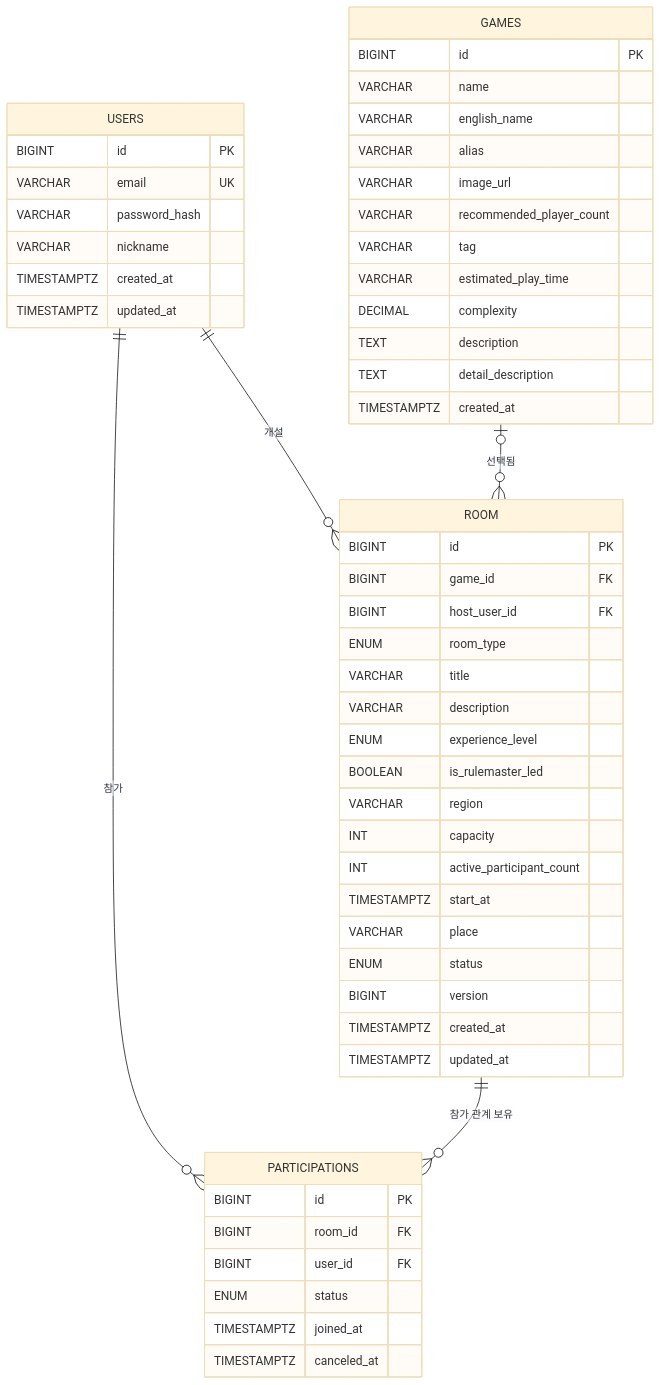
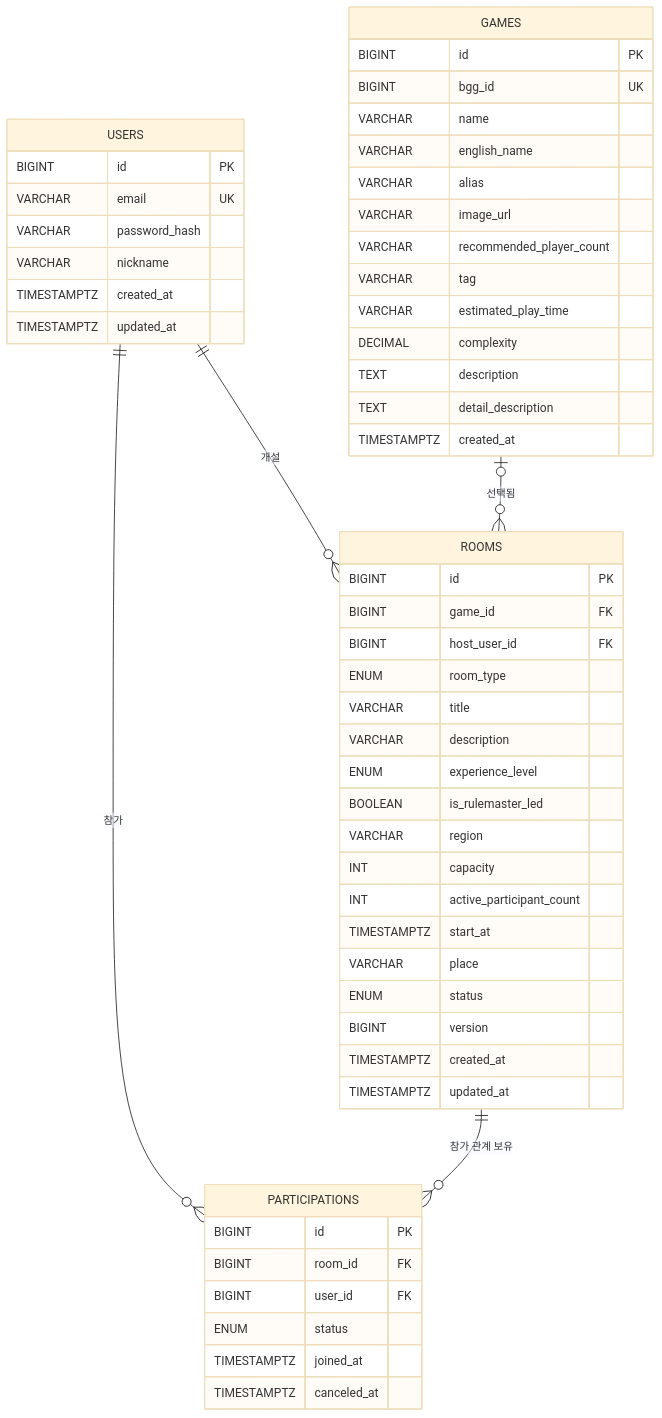
The diagram in docs/ERD.md (bamsongi-club/albam-mate), drawn with Mermaid (base theme) before and after one commit. The commit also changed other lines of this file and 18 other files, not shown here.

```diff
--- a/docs/ERD.md
+++ b/docs/ERD.md
@@ -15,60 +15,61 @@
 ~~~mermaid
 erDiagram
-    USERS ||--o{ ROOM : "개설"
-    GAMES o|--o{ ROOM : "선택됨"
+    USERS ||--o{ ROOMS : "개설"
+    GAMES o|--o{ ROOMS : "선택됨"
     USERS ||--o{ PARTICIPATIONS : "참가"
-    ROOM ||--o{ PARTICIPATIONS : "참가 관계 보유"
+    ROOMS ||--o{ PARTICIPATIONS : "참가 관계 보유"
 
     USERS {
         BIGINT id PK
         VARCHAR email UK
         VARCHAR password_hash
         VARCHAR nickname
         TIMESTAMPTZ created_at
         TIMESTAMPTZ updated_at
     }
 
     GAMES {
         BIGINT id PK
+        BIGINT bgg_id UK
         VARCHAR name
         VARCHAR english_name
         VARCHAR alias
         VARCHAR image_url
         VARCHAR recommended_player_count
         VARCHAR tag
         VARCHAR estimated_play_time
         DECIMAL complexity
         TEXT description
         TEXT detail_description
         TIMESTAMPTZ created_at
     }
 
-    ROOM {
+    ROOMS {
         BIGINT id PK
         BIGINT game_id FK
         BIGINT host_user_id FK
         ENUM room_type
         VARCHAR title
         VARCHAR description
         ENUM experience_level
         BOOLEAN is_rulemaster_led
         VARCHAR region
         INT capacity
         INT active_participant_count
         TIMESTAMPTZ start_at
         VARCHAR place
         ENUM status
         BIGINT version
         TIMESTAMPTZ created_at
         TIMESTAMPTZ updated_at
     }
 
     PARTICIPATIONS {
         BIGINT id PK
         BIGINT room_id FK
         BIGINT user_id FK
         ENUM status
         TIMESTAMPTZ joined_at
         TIMESTAMPTZ canceled_at
     }
 ~~~
```
